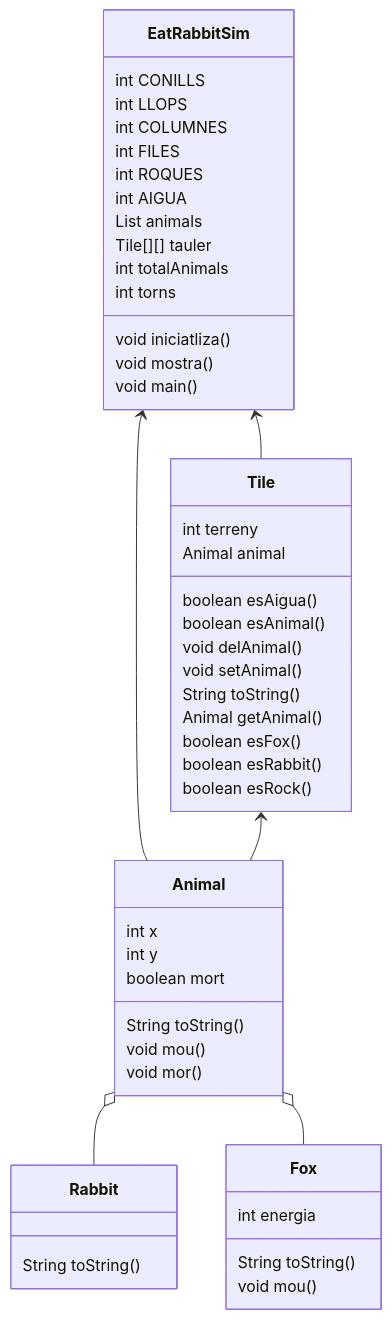
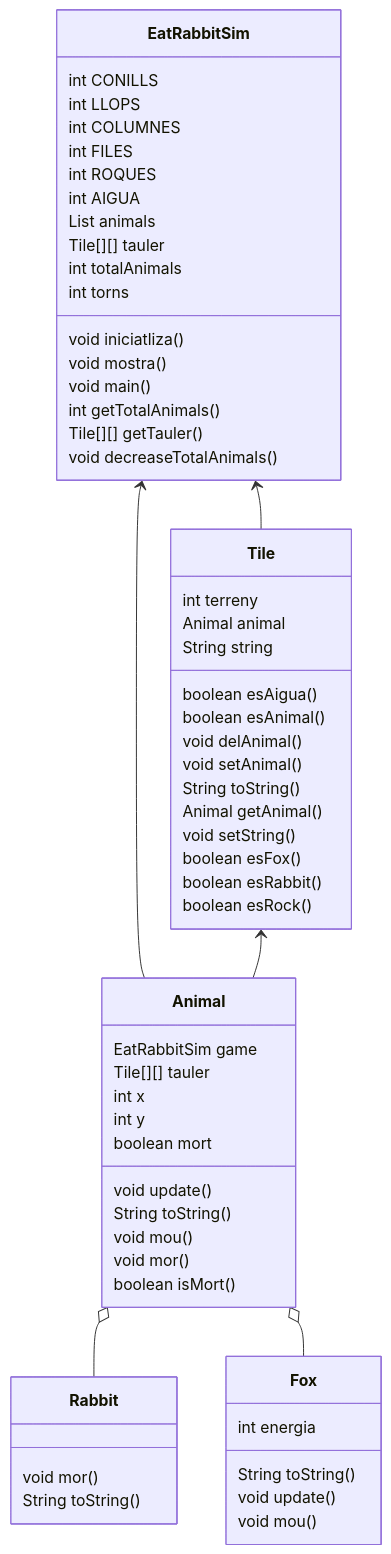
One commit to JoseZaqITB/JoseZaquinaula_dam_m05_uf3 changed the diagram in src/Diagram.md. Above: the diagram before and after it, drawn with Mermaid.

Commit message:
diagram updated

````diff
--- a/src/Diagram.md
+++ b/src/Diagram.md
@@ -1,56 +1,67 @@
 ``` mermaid
 classDiagram
  class Animal{
+  EatRabbitSim game
+  Tile[][] tauler
   int x
   int y
   boolean mort
+  void update()
   String  toString()
   void mou()
   void mor()
+  boolean isMort()
  }
  class EatRabbitSim{
     int CONILLS
     int LLOPS
     int COLUMNES
     int FILES
     int ROQUES
     int AIGUA
     List animals
     Tile[][] tauler
     int totalAnimals
     int torns
     void iniciatliza()
     void mostra()
     void main()
+    int getTotalAnimals()
+    Tile[][] getTauler()
+    void decreaseTotalAnimals()
  }
  
  class Fox{
     int energia
     String toString()
+    void update()
     void mou()
  }
  
  class Rabbit{
+    void mor()
     String toString()
  }
  
  class Tile{
     int terreny
     Animal animal
+    String string
     boolean esAigua()
     boolean esAnimal()
     void delAnimal()
     void setAnimal()
     String toString()
     Animal getAnimal()
+    void setString()
     boolean esFox()
     boolean esRabbit()
     boolean esRock()
  }
  
  EatRabbitSim <-- Animal
  EatRabbitSim <-- Tile
  Tile <-- Animal
  Animal o-- Rabbit
  Animal o-- Fox
 ```
````
